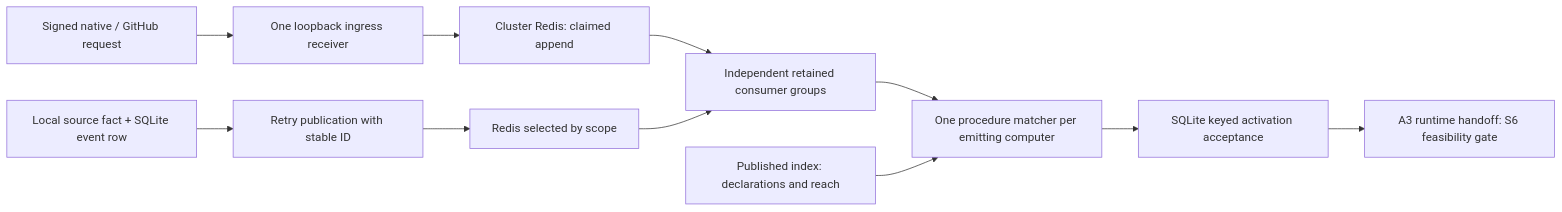
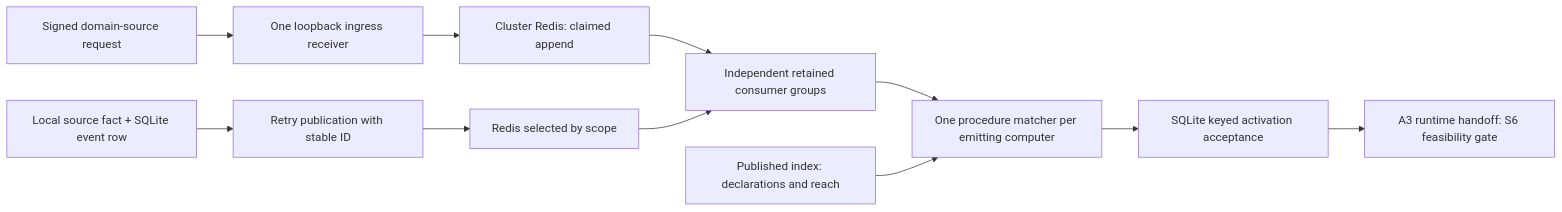
Before and after one commit to InstruktAI/instrukt: the fourth of 4 diagrams in docs/project/design/architecture/overview.md, drawn with Mermaid. The commit also changed other lines of this file and 30 other files, not shown here.

Commit message:
feat(webhooks): select signed inbound sources by event domain

````diff
--- a/docs/project/design/architecture/overview.md
+++ b/docs/project/design/architecture/overview.md
@@ -256,13 +256,13 @@
 ```mermaid
 flowchart LR
-  W[Signed native / GitHub request] --> I[One loopback ingress receiver]
+  W[Signed domain-source request] --> I[One loopback ingress receiver]
   I --> C[Cluster Redis: claimed append]
   P[Local source fact + SQLite event row] --> H[Retry publication with stable ID]
   H --> R[Redis selected by scope]
   C --> Q[Independent retained consumer groups]
   R --> Q
   Q --> A[One procedure matcher per emitting computer]
   X[Published index: declarations and reach] --> A
   A --> D[SQLite keyed activation acceptance]
   D --> T[A3 runtime handoff: S6 feasibility gate]
 ```
````
